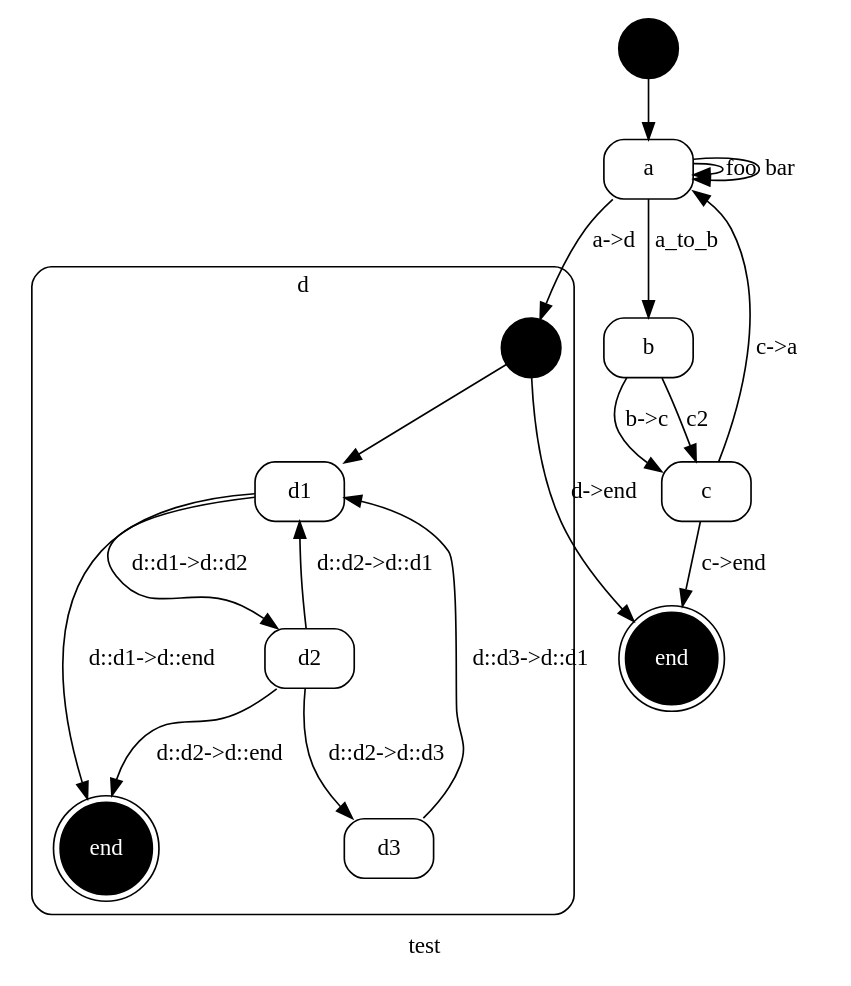
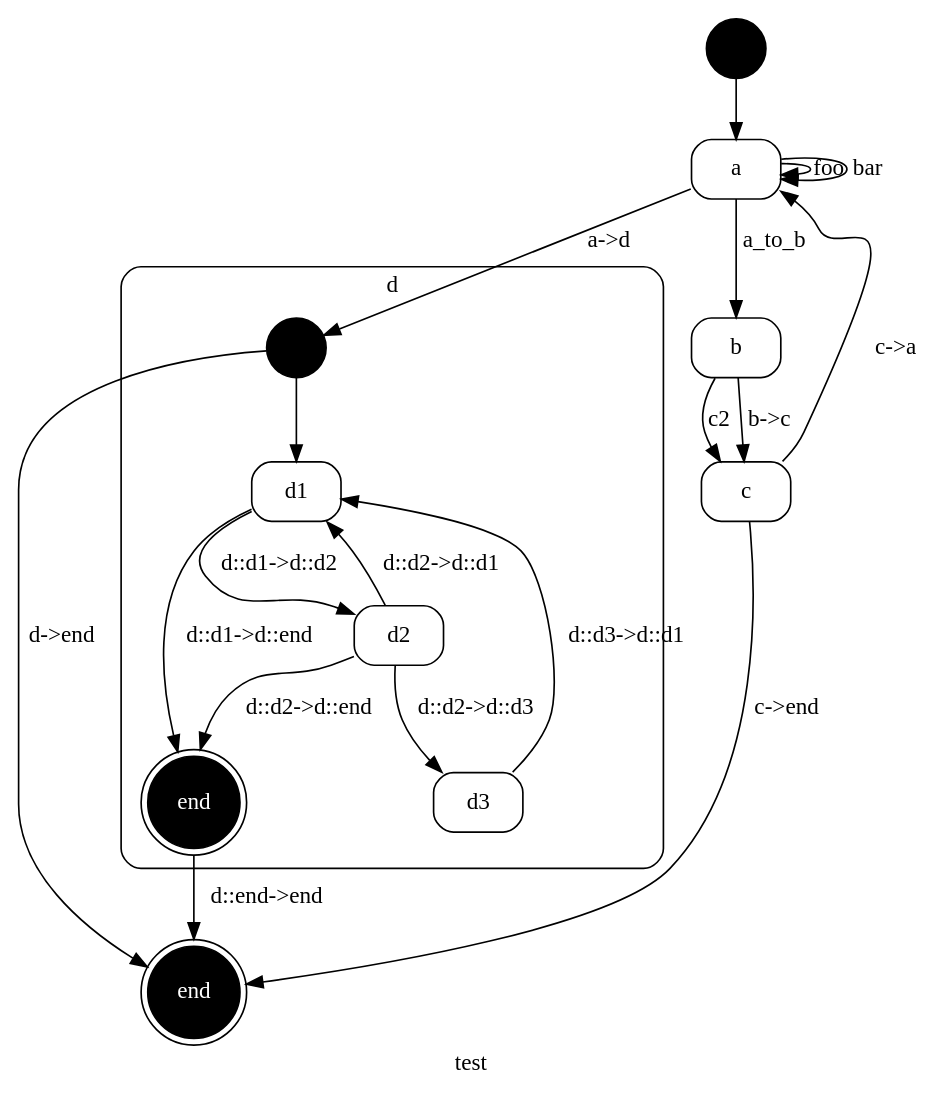
The diagram in example/red_steak-test.dot (kstephens/red_steak), drawn with Graphviz before and after one commit. The commit also changed 18 other files, not shown here.

```diff
--- a/example/red_steak-test.dot
+++ b/example/red_steak-test.dot
@@ -1,91 +1,94 @@
 
 // {#<RedSteak::Statemachine test>
 digraph x1 {
   label="test"; 
   node [ shape="circle", label="", style=filled, fillcolor=black ] x1_START; 
 
 // #<RedSteak::State test a>
   node [ shape="box", label="a", style="filled,rounded", color=black, fillcolor=white, fontcolor=black ] x2;
 
 // #<RedSteak::State test b>
   node [ shape="box", label="b", style="filled,rounded", color=black, fillcolor=white, fontcolor=black ] x3;
 
 // #<RedSteak::State test c>
   node [ shape="box", label="c", style="filled,rounded", color=black, fillcolor=white, fontcolor=black ] x4;
 
 // #<RedSteak::State test d>
 
 // {#<RedSteak::Statemachine test::d>
 subgraph cluster_x5 {
   label="d"; 
   shape="box"; 
   style="filled,rounded"; 
   fillcolor=white; 
   fontcolor=black; 
   node [ shape="circle", label="", style=filled, fillcolor=black ] x5_START; 
 
 // #<RedSteak::State test::d d::d1>
   node [ shape="box", label="d1", style="filled,rounded", color=black, fillcolor=white, fontcolor=black ] x6;
 
 // #<RedSteak::State test::d d::d2>
   node [ shape="box", label="d2", style="filled,rounded", color=black, fillcolor=white, fontcolor=black ] x7;
 
 // #<RedSteak::State test::d d::d3>
   node [ shape="box", label="d3", style="filled,rounded", color=black, fillcolor=white, fontcolor=black ] x8;
 
 // #<RedSteak::State test::d d::end>
   node [ shape="doublecircle", label="end", style="filled,rounded", color=black, fillcolor=black, fontcolor=white ] x9;
 }
 // } #<RedSteak::Statemachine test::d>
 
 // #<RedSteak::State test end>
   node [ shape="doublecircle", label="end", style="filled,rounded", color=black, fillcolor=black, fontcolor=white ] x10;
 
 // #<RedSteak::Transition test foo a -> a>
 x2 -> x2 [ label="foo", color=black, fontcolor=black ];
 
 // #<RedSteak::Transition test bar a -> a>
 x2 -> x2 [ label="bar", color=black, fontcolor=black ];
 
 // #<RedSteak::Transition test a_to_b a -> b>
 x2 -> x3 [ label="a_to_b", color=black, fontcolor=black ];
 
 // #<RedSteak::Transition test b->c b -> c>
 x3 -> x4 [ label="b->c", color=black, fontcolor=black ];
 
 // #<RedSteak::Transition test c2 b -> c>
 x3 -> x4 [ label="c2", color=black, fontcolor=black ];
 
 // #<RedSteak::Transition test c->a c -> a>
 x4 -> x2 [ label="c->a", color=black, fontcolor=black ];
 
 // #<RedSteak::Transition test c->end c -> end>
 x4 -> x10 [ label="c->end", color=black, fontcolor=black ];
 
 // #<RedSteak::Transition test a->d a -> d>
 x2 -> x5_START [ label="a->d", color=black, fontcolor=black ];
 
 // #<RedSteak::Transition test d->end d -> end>
 x5_START -> x10 [ label="d->end", color=black, fontcolor=black ];
 x1_START -> x2;
 
 // #<RedSteak::Transition test::d d::d1->d::d2 d::d1 -> d::d2>
 x6 -> x7 [ label="d::d1->d::d2", color=black, fontcolor=black ];
 
 // #<RedSteak::Transition test::d d::d1->d::end d::d1 -> d::end>
 x6 -> x9 [ label="d::d1->d::end", color=black, fontcolor=black ];
 
 // #<RedSteak::Transition test::d d::d2->d::d1 d::d2 -> d::d1>
 x7 -> x6 [ label="d::d2->d::d1", color=black, fontcolor=black ];
 
 // #<RedSteak::Transition test::d d::d2->d::end d::d2 -> d::end>
 x7 -> x9 [ label="d::d2->d::end", color=black, fontcolor=black ];
 
 // #<RedSteak::Transition test::d d::d3->d::d1 d::d3 -> d::d1>
 x8 -> x6 [ label="d::d3->d::d1", color=black, fontcolor=black ];
 
 // #<RedSteak::Transition test::d d::d2->d::d3 d::d2 -> d::d3>
 x7 -> x8 [ label="d::d2->d::d3", color=black, fontcolor=black ];
+
+// #<RedSteak::Transition test::d d::end->end d::end -> end>
+x9 -> x10 [ label="d::end->end", color=black, fontcolor=black ];
 x5_START -> x6;
 }
 // } #<RedSteak::Statemachine test>
```
